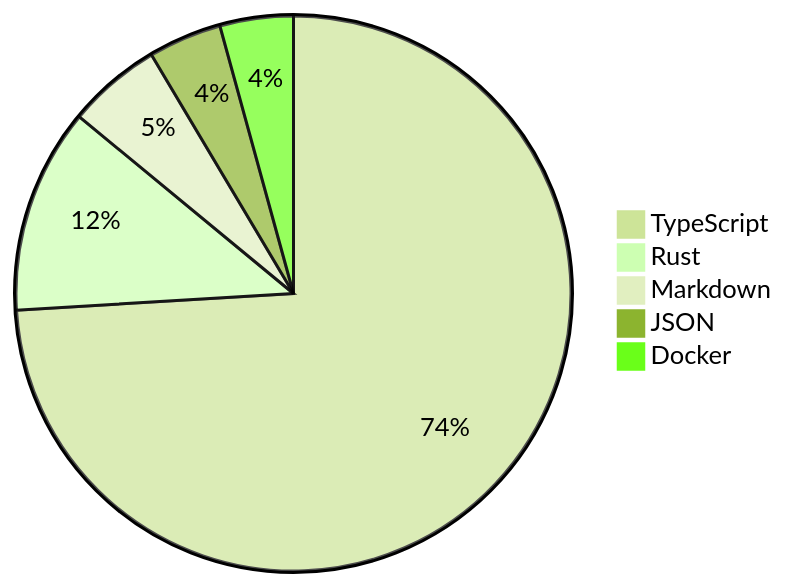
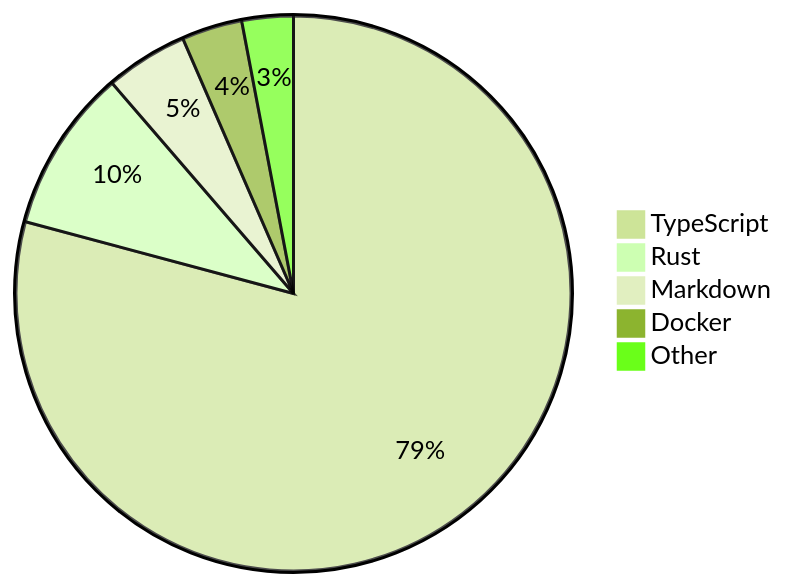
The diagram in README.md (skvggor/skvggor), drawn with Mermaid (forest theme) before and after one commit.

Commit message:
Updated waka-readme graph with new metrics

````diff
--- a/README.md
+++ b/README.md
@@ -28,8 +28,8 @@
 ```mermaid
 pie
-    "TypeScript" : 67.6
-    "Rust" : 10.9
-    "Markdown" : 5.0
-    "JSON" : 3.9
-    "Docker" : 3.9
+    "TypeScript" : 74.1
+    "Rust" : 8.9
+    "Markdown" : 4.5
+    "Docker" : 3.3
+    "Other" : 2.8
 ```
````
